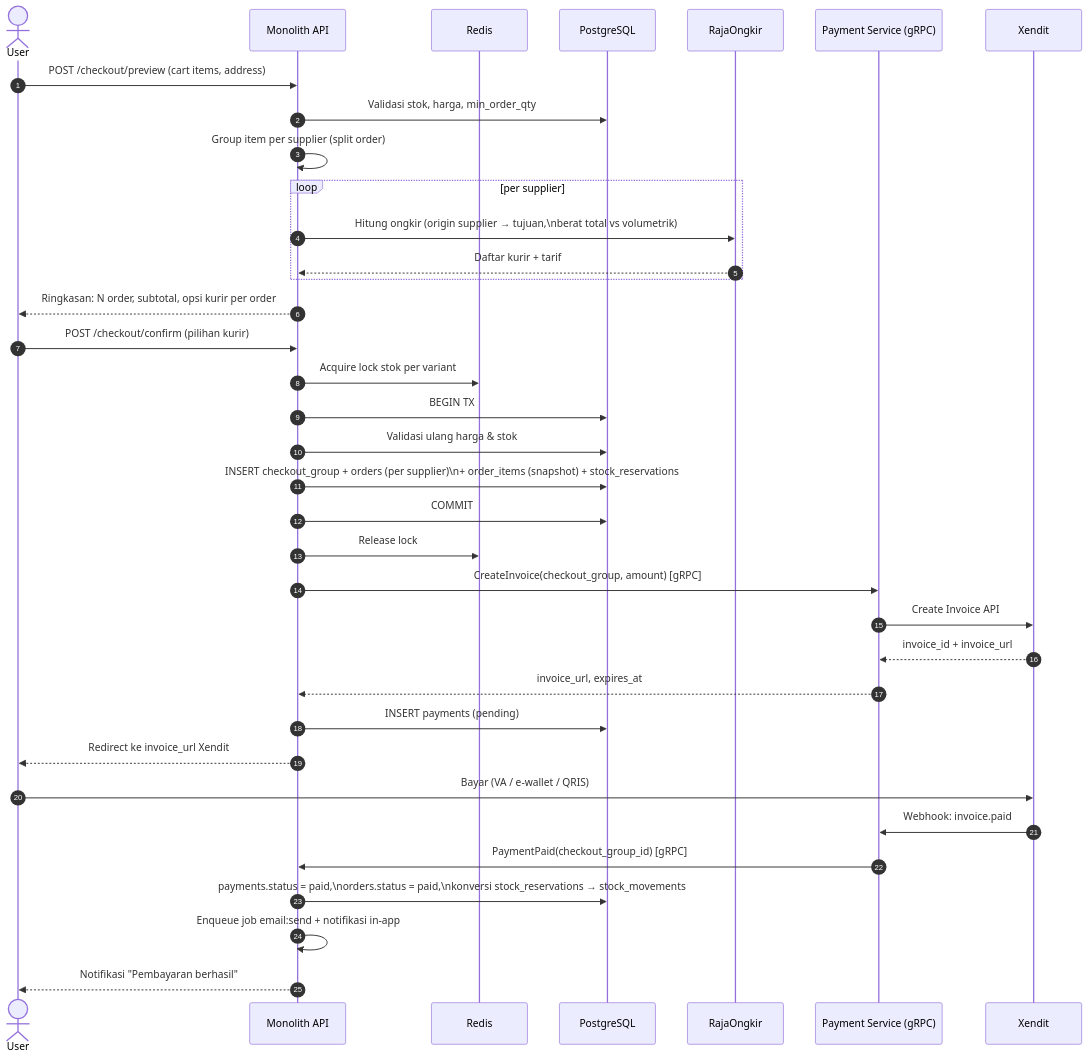
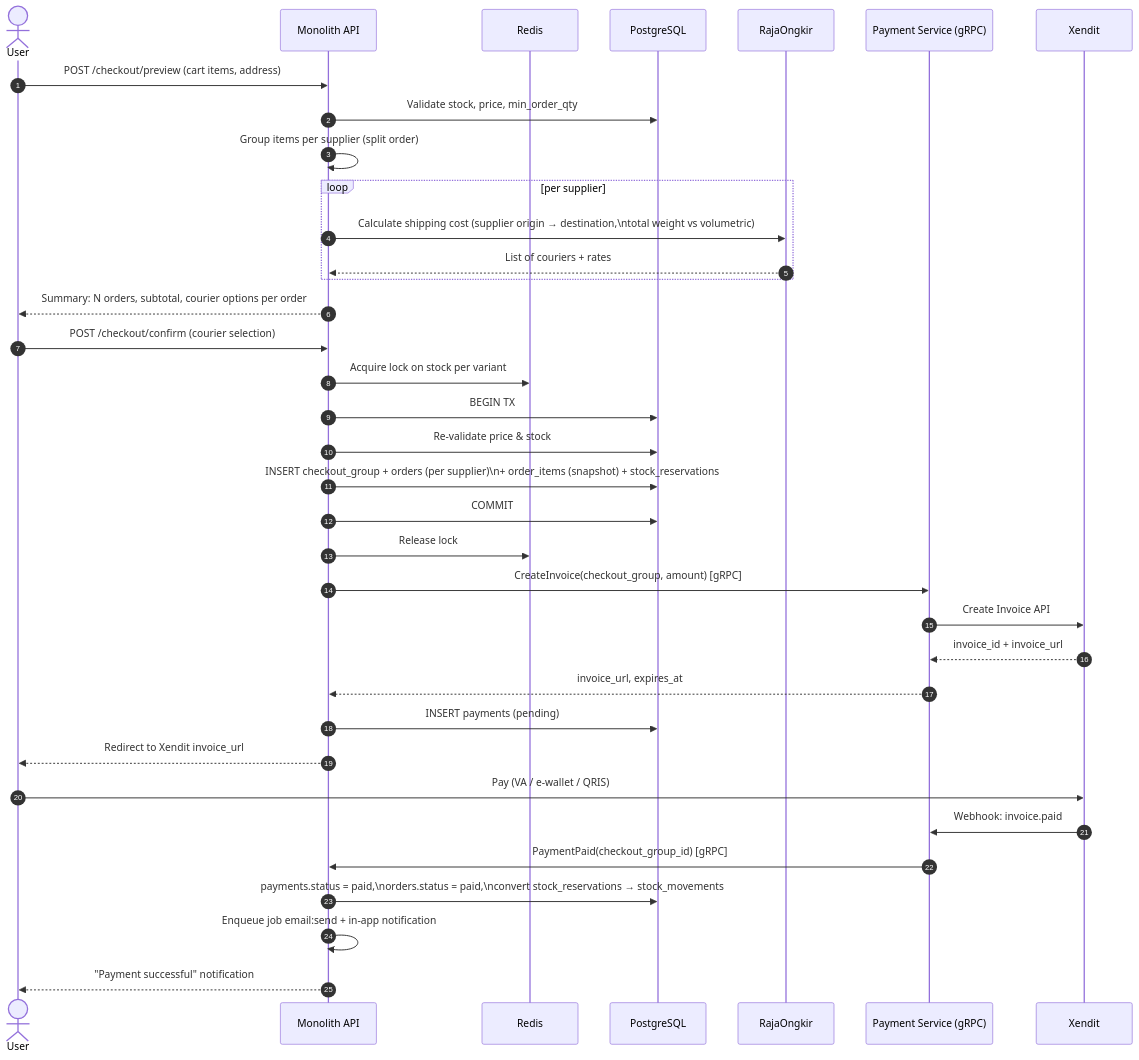
The sixth of 10 diagrams in docs/erd.md (erdinhrmwn/bangunin-project), drawn with Mermaid before and after one commit. The commit also changed other lines of this file and 6 other files, not shown here.

````diff
--- a/docs/erd.md
+++ b/docs/erd.md
@@ -394,41 +394,41 @@
 ```mermaid
 sequenceDiagram
     autonumber
     actor U as User
     participant API as Monolith API
     participant RD as Redis
     participant DB as PostgreSQL
     participant RO as RajaOngkir
     participant PS as Payment Service (gRPC)
     participant XD as Xendit
 
     U->>API: POST /checkout/preview (cart items, address)
-    API->>DB: Validasi stok, harga, min_order_qty
-    API->>API: Group item per supplier (split order)
+    API->>DB: Validate stock, price, min_order_qty
+    API->>API: Group items per supplier (split order)
     loop per supplier
-        API->>RO: Hitung ongkir (origin supplier → tujuan,\nberat total vs volumetrik)
-        RO-->>API: Daftar kurir + tarif
+        API->>RO: Calculate shipping cost (supplier origin → destination,\ntotal weight vs volumetric)
+        RO-->>API: List of couriers + rates
     end
-    API-->>U: Ringkasan: N order, subtotal, opsi kurir per order
+    API-->>U: Summary: N orders, subtotal, courier options per order
 
-    U->>API: POST /checkout/confirm (pilihan kurir)
-    API->>RD: Acquire lock stok per variant
+    U->>API: POST /checkout/confirm (courier selection)
+    API->>RD: Acquire lock on stock per variant
     API->>DB: BEGIN TX
-    API->>DB: Validasi ulang harga & stok
+    API->>DB: Re-validate price & stock
     API->>DB: INSERT checkout_group + orders (per supplier)\n+ order_items (snapshot) + stock_reservations
     API->>DB: COMMIT
     API->>RD: Release lock
     API->>PS: CreateInvoice(checkout_group, amount) [gRPC]
     PS->>XD: Create Invoice API
     XD-->>PS: invoice_id + invoice_url
     PS-->>API: invoice_url, expires_at
     API->>DB: INSERT payments (pending)
-    API-->>U: Redirect ke invoice_url Xendit
+    API-->>U: Redirect to Xendit invoice_url
 
-    U->>XD: Bayar (VA / e-wallet / QRIS)
+    U->>XD: Pay (VA / e-wallet / QRIS)
     XD->>PS: Webhook: invoice.paid
     PS->>API: PaymentPaid(checkout_group_id) [gRPC]
-    API->>DB: payments.status = paid,\norders.status = paid,\nkonversi stock_reservations → stock_movements
-    API->>API: Enqueue job email:send + notifikasi in-app
-    API-->>U: Notifikasi "Pembayaran berhasil"
+    API->>DB: payments.status = paid,\norders.status = paid,\nconvert stock_reservations → stock_movements
+    API->>API: Enqueue job email:send + in-app notification
+    API-->>U: "Payment successful" notification
 ```
````
